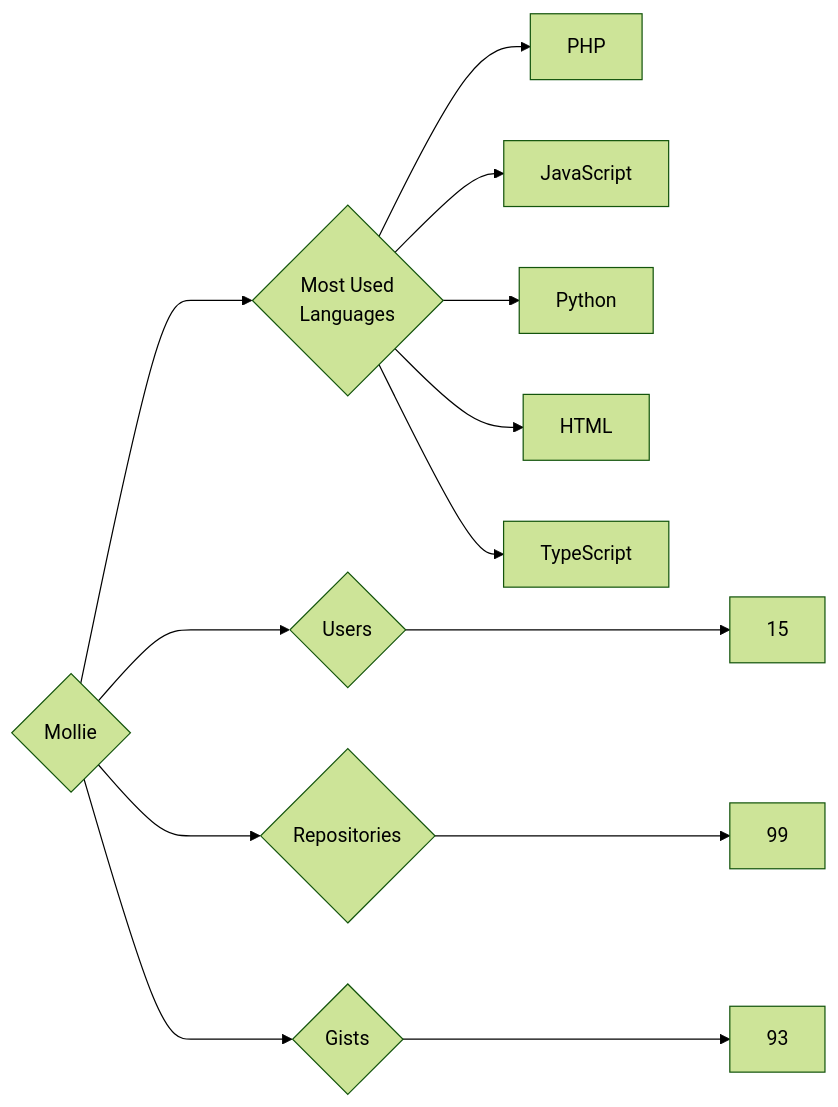
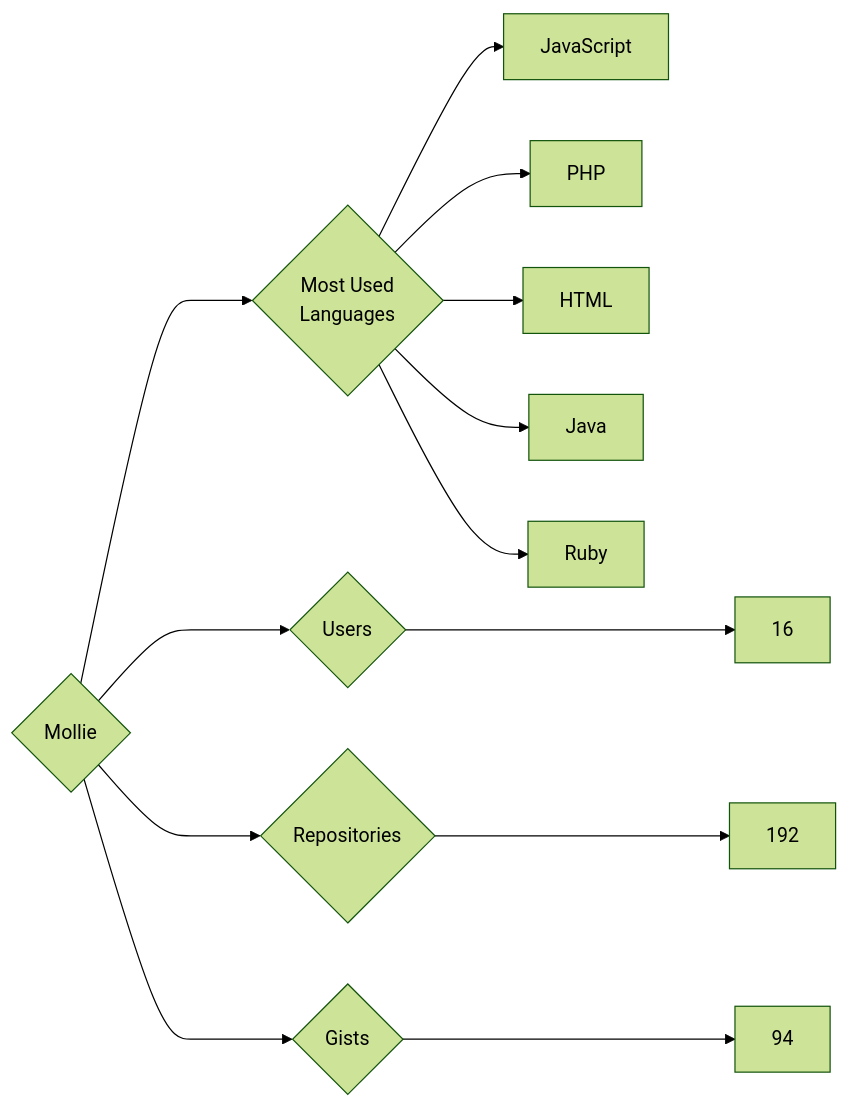
One commit to trickest/insiders changed the diagram in targets/Mollie/README.md. Above: the diagram before and after it, drawn with Mermaid (forest theme). The commit also changed 1508 other files, not shown here.

````diff
--- a/targets/Mollie/README.md
+++ b/targets/Mollie/README.md
@@ -3,13 +3,13 @@
 ```mermaid
 graph LR
 COMPANY_NAME{Mollie}
-COMPANY_NAME ---> U{Users} ---> UN[15]
-COMPANY_NAME ---> R{Repositories} ---> RN[99]
-COMPANY_NAME ---> G{Gists} ---> GN[93]
+COMPANY_NAME ---> U{Users} ---> UN[16]
+COMPANY_NAME ---> R{Repositories} ---> RN[192]
+COMPANY_NAME ---> G{Gists} ---> GN[94]
 COMPANY_NAME ---> ML{Most Used<br>Languages}
+ML --> JavaScript[JavaScript]
 ML --> PHP[PHP]
-ML --> JavaScript[JavaScript]
-ML --> Python[Python]
 ML --> HTML[HTML]
-ML --> TypeScript[TypeScript]
+ML --> Java[Java]
+ML --> Ruby[Ruby]
 ```
````
